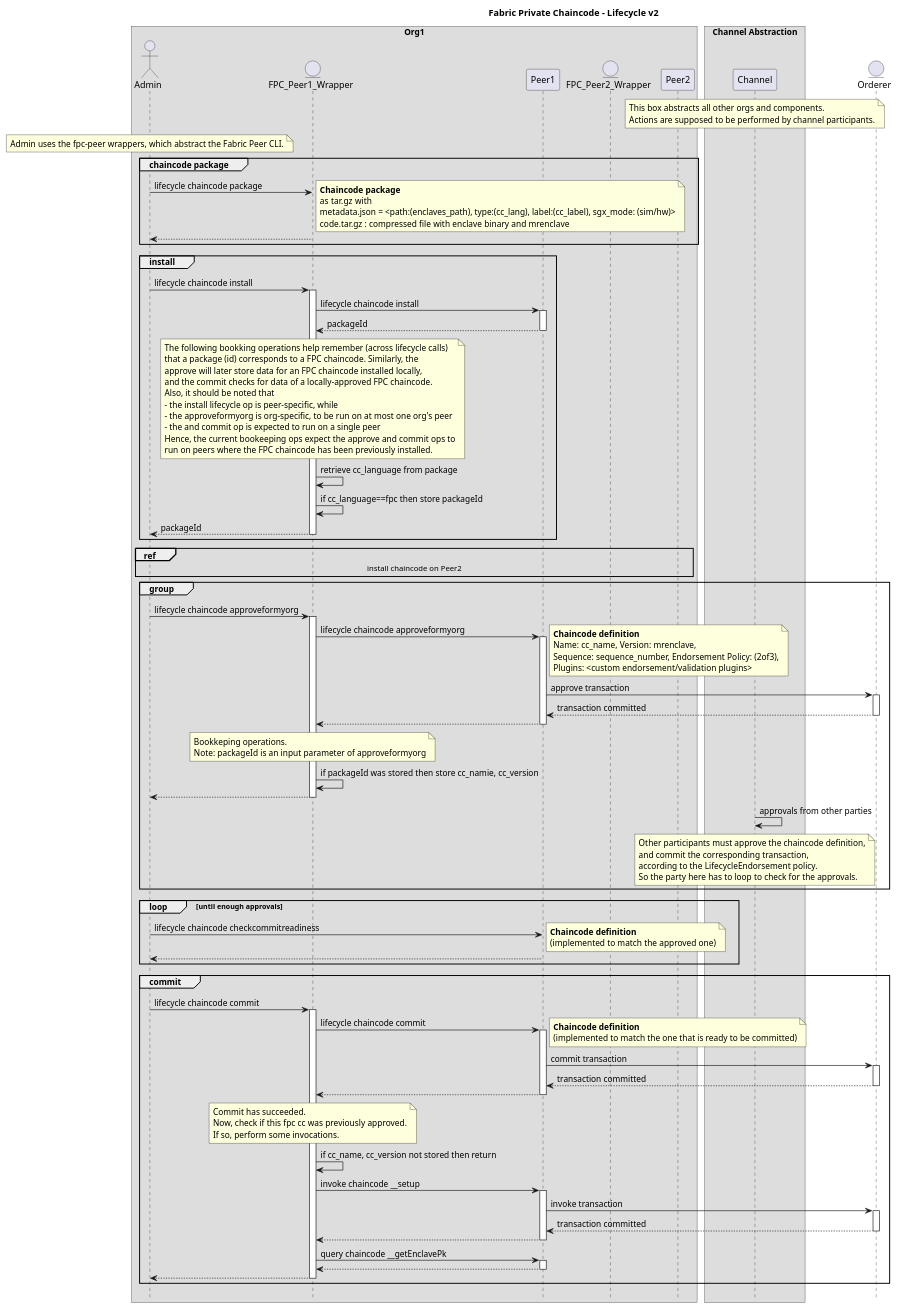
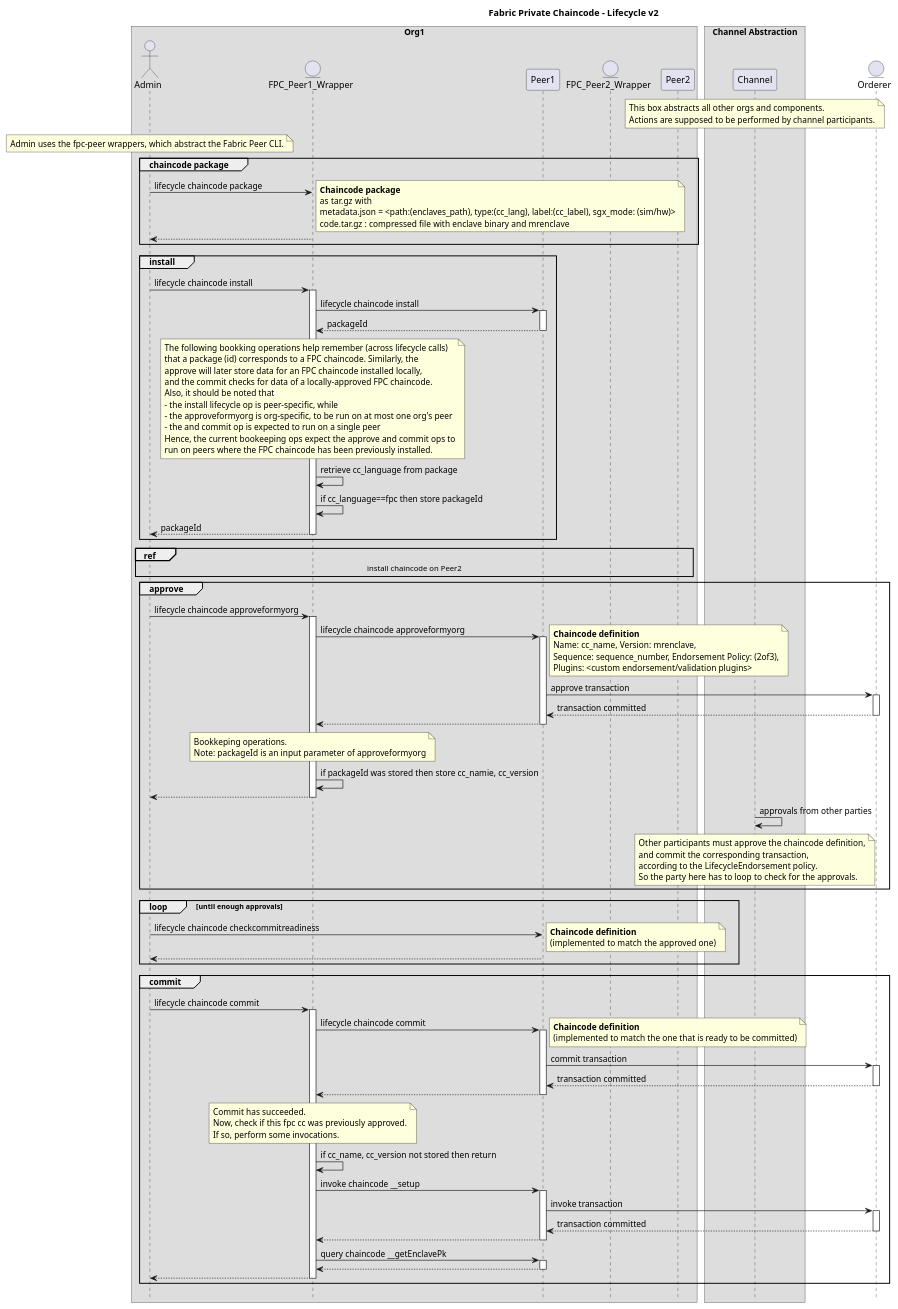
Before and after one commit to hyperledger/fabric-private-chaincode: the diagram in docs/design/fabric-v2+/fpc-lifecycle-v2.puml, drawn with PlantUML.

Commit message:
fix group not shown

```diff
--- a/docs/design/fabric-v2+/fpc-lifecycle-v2.puml
+++ b/docs/design/fabric-v2+/fpc-lifecycle-v2.puml
@@ -8,131 +8,131 @@
 @startuml
 
 !pragma teoz true
 
 hide footbox
 title Foot Box removed
 
 title Fabric Private Chaincode - Lifecycle v2
 
 box "Org1"
 actor	Admin order 10
 entity "FPC_Peer1_Wrapper" as FPC_Peer1_Wrapper order 15
 participant Peer1 order 20
 entity "FPC_Peer2_Wrapper" as FPC_Peer2_Wrapper order 30
 participant Peer2 order 40
 end box
 
 box "Channel Abstraction"
 participant Channel order 70
 note over Channel
     This box abstracts all other orgs and components.
     Actions are supposed to be performed by channel participants.
 end note
 end box
 
 entity Orderer order 80
 
 note over Admin
     Admin uses the fpc-peer wrappers, which abstract the Fabric Peer CLI.
 end note
 
 group chaincode package
 Admin -> FPC_Peer1_Wrapper : lifecycle chaincode package
 note right
     **Chaincode package**
     as tar.gz with
     metadata.json = <path:(enclaves_path), type:(cc_lang), label:(cc_label), sgx_mode: (sim/hw)>
     code.tar.gz : compressed file with enclave binary and mrenclave
 end note
 return
 end /' group chaincode package '/
 
 group install
 Admin -> FPC_Peer1_Wrapper ++: lifecycle chaincode install
 FPC_Peer1_Wrapper -> Peer1 ++: lifecycle chaincode install
 return packageId
 note over FPC_Peer1_Wrapper
     The following bookking operations help remember (across lifecycle calls)
     that a package (id) corresponds to a FPC chaincode. Similarly, the
     approve will later store data for an FPC chaincode installed locally,
     and the commit checks for data of a locally-approved FPC chaincode.
     Also, it should be noted that
     - the install lifecycle op is peer-specific, while
     - the approveformyorg is org-specific, to be run on at most one org's peer
     - the and commit op is expected to run on a single peer
     Hence, the current bookeeping ops expect the approve and commit ops to
     run on peers where the FPC chaincode has been previously installed.
 end note
 FPC_Peer1_Wrapper -> FPC_Peer1_Wrapper : retrieve cc_language from package
 FPC_Peer1_Wrapper -> FPC_Peer1_Wrapper : if cc_language==fpc then store packageId
 return packageId /' Admin -> FPC_Peer1_Wrapper '/
 end /' group install '/
 
 ref over Admin, FPC_Peer2_Wrapper, Peer2
     install chaincode on Peer2
 end /' ref '/
 
-group /' approve '/
+group approve
 Admin -> FPC_Peer1_Wrapper ++: lifecycle chaincode approveformyorg
 FPC_Peer1_Wrapper -> Peer1 ++: lifecycle chaincode approveformyorg
 note right
     **Chaincode definition**
     Name: cc_name, Version: mrenclave,
     Sequence: sequence_number, Endorsement Policy: (2of3),
     Plugins: <custom endorsement/validation plugins>
 end note
 Peer1 -> Orderer ++: approve transaction
 return transaction committed /' Peer1 -> Orderer '/
 return /' FPC_Peer1_Wrapper -> Peer1 '/
 note over FPC_Peer1_Wrapper
     Bookkeping operations.
     Note: packageId is an input parameter of approveformyorg
 end note
 FPC_Peer1_Wrapper -> FPC_Peer1_Wrapper : if packageId was stored then store cc_namie, cc_version
 return /' Admin -> FPC_Peer1_Wrapper '/
 
 Channel -> Channel : approvals from other parties
 note over Channel
     Other participants must approve the chaincode definition,
     and commit the corresponding transaction,
     according to the LifecycleEndorsement policy.
     So the party here has to loop to check for the approvals.
 end note
 
 end /' group approve '/
 
 loop until enough approvals
 	Admin -> Peer1 : lifecycle chaincode checkcommitreadiness
 note right
     **Chaincode definition**
     (implemented to match the approved one)
 end note
     return
 end
 
 group commit
 Admin -> FPC_Peer1_Wrapper ++:lifecycle chaincode commit
 FPC_Peer1_Wrapper -> Peer1 ++: lifecycle chaincode commit
 note right
     **Chaincode definition**
     (implemented to match the one that is ready to be committed)
 end note
 Peer1 -> Orderer ++: commit transaction
 return transaction committed /' Peer1 -> Orderer '/
 return /' FPC_Peer1_Wrapper -> Peer1 '/
 note over FPC_Peer1_Wrapper
     Commit has succeeded.
     Now, check if this fpc cc was previously approved.
     If so, perform some invocations.
 end note
 FPC_Peer1_Wrapper -> FPC_Peer1_Wrapper : if cc_name, cc_version not stored then return
 FPC_Peer1_Wrapper -> Peer1 ++: invoke chaincode __setup
 Peer1 -> Orderer ++: invoke transaction
 return transaction committed
 return /' FPC_Peer1_Wrapper -> Peer1 '/
 FPC_Peer1_Wrapper -> Peer1 ++: query chaincode __getEnclavePk
 return /' FPC_Peer1_Wrapper -> Peer1 '/
 return /' Admin -> FPC_Peer1_Wrapper '/
 end /' group commit '/
 
 @enduml
```
